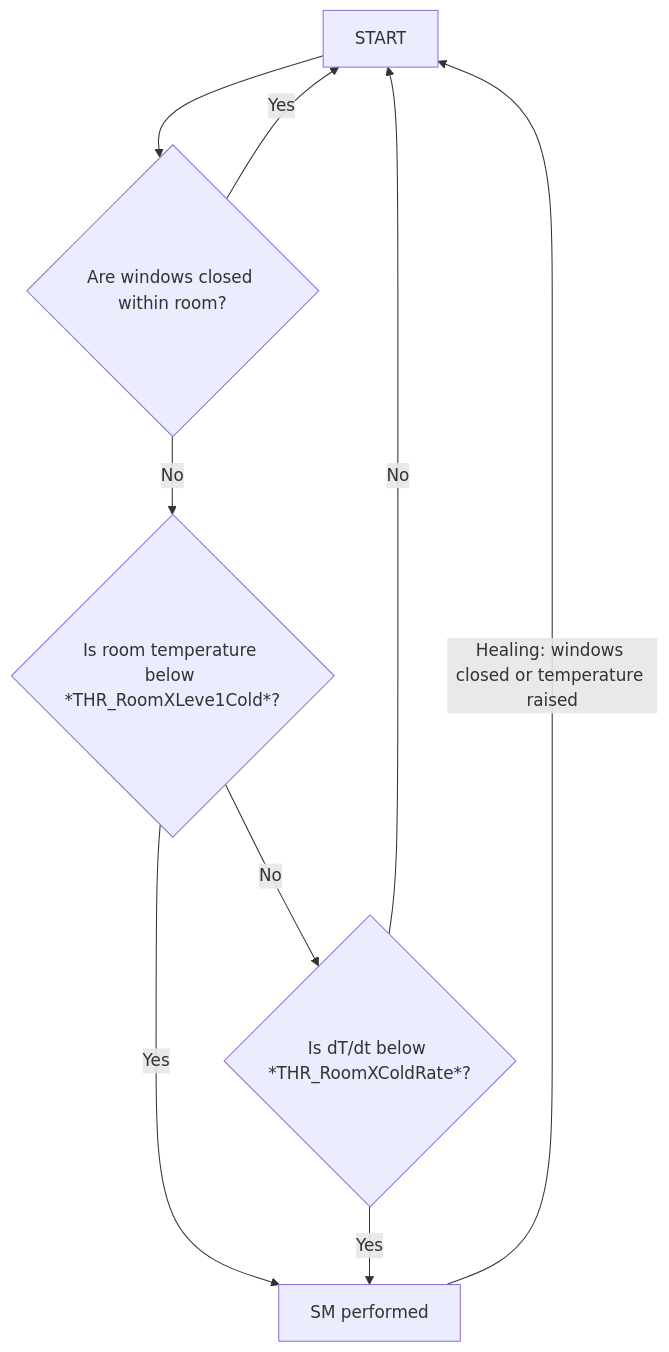
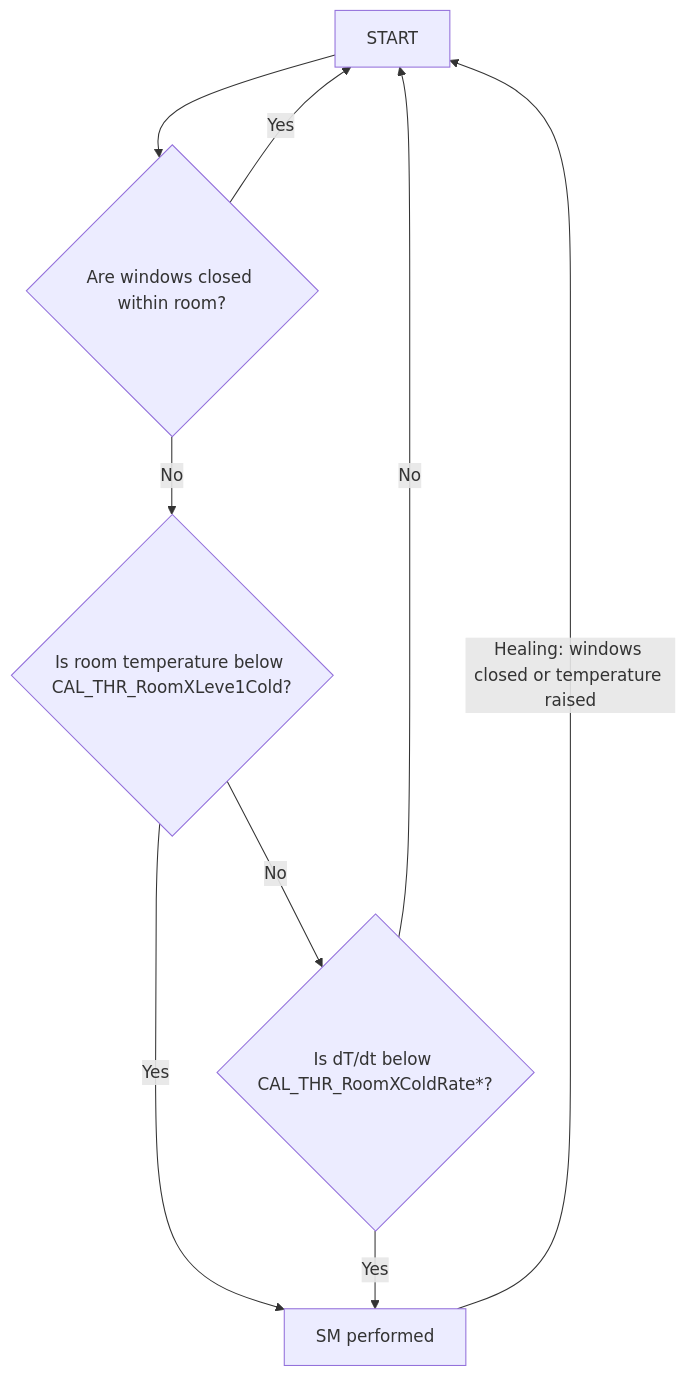
The second of 18 diagrams in SafetyConcept/SafetyConcept copy - SYS.md (Arkaqius/SafetyComponent), drawn with Mermaid before and after one commit. The commit also changed other lines of this file, not shown here.

````diff
--- a/SafetyConcept/SafetyConcept copy - SYS.md
+++ b/SafetyConcept/SafetyConcept copy - SYS.md
@@ -181,11 +192,11 @@
 ```mermaid
 flowchart TD
     A[START] -->| | B{Are windows closed within room?}
     B -->|Yes| A
-    B -->|No| C{Is room temperature below *THR_RoomXLeve1Cold*?}
-    C -->|No| D{Is dT/dt below *THR_RoomXColdRate*?}
+    B -->|No| C{Is room temperature below CAL_THR_RoomXLeve1Cold?}
+    C -->|No| D{Is dT/dt below CAL_THR_RoomXColdRate*?}
     C -->|Yes| E[Notification on level B?]
     D -->|No| A
     D-->|Yes| E[SM performed]
     E -->|Healing: windows closed or temperature raised| A
 ```
````
